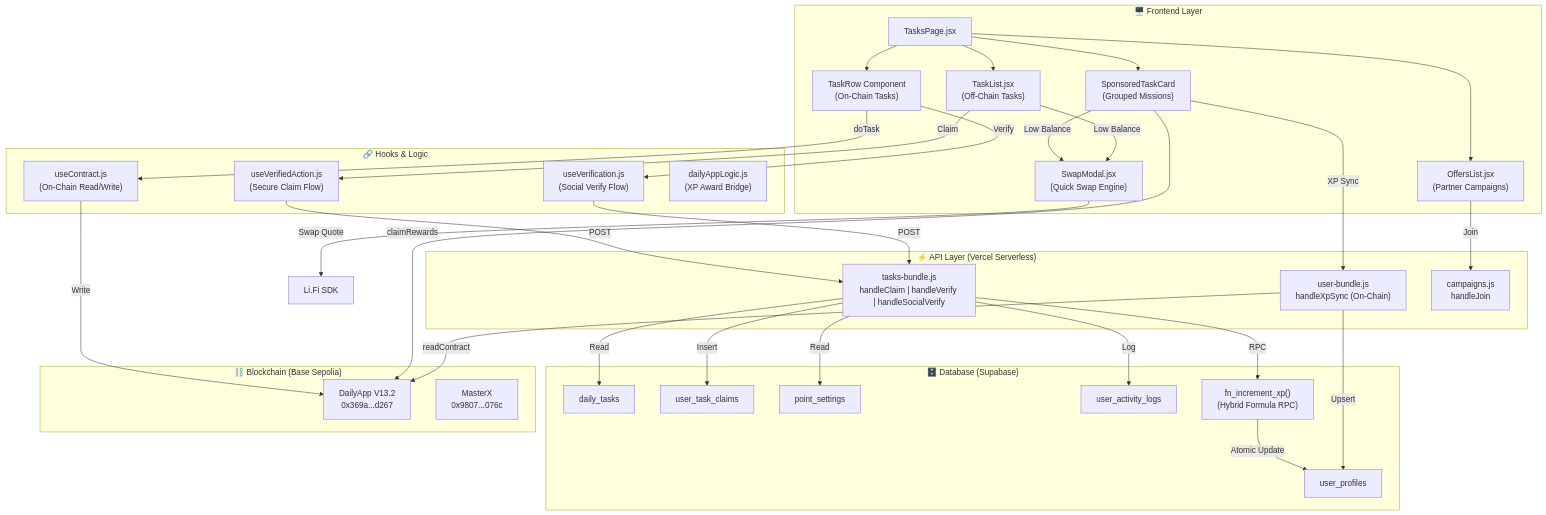
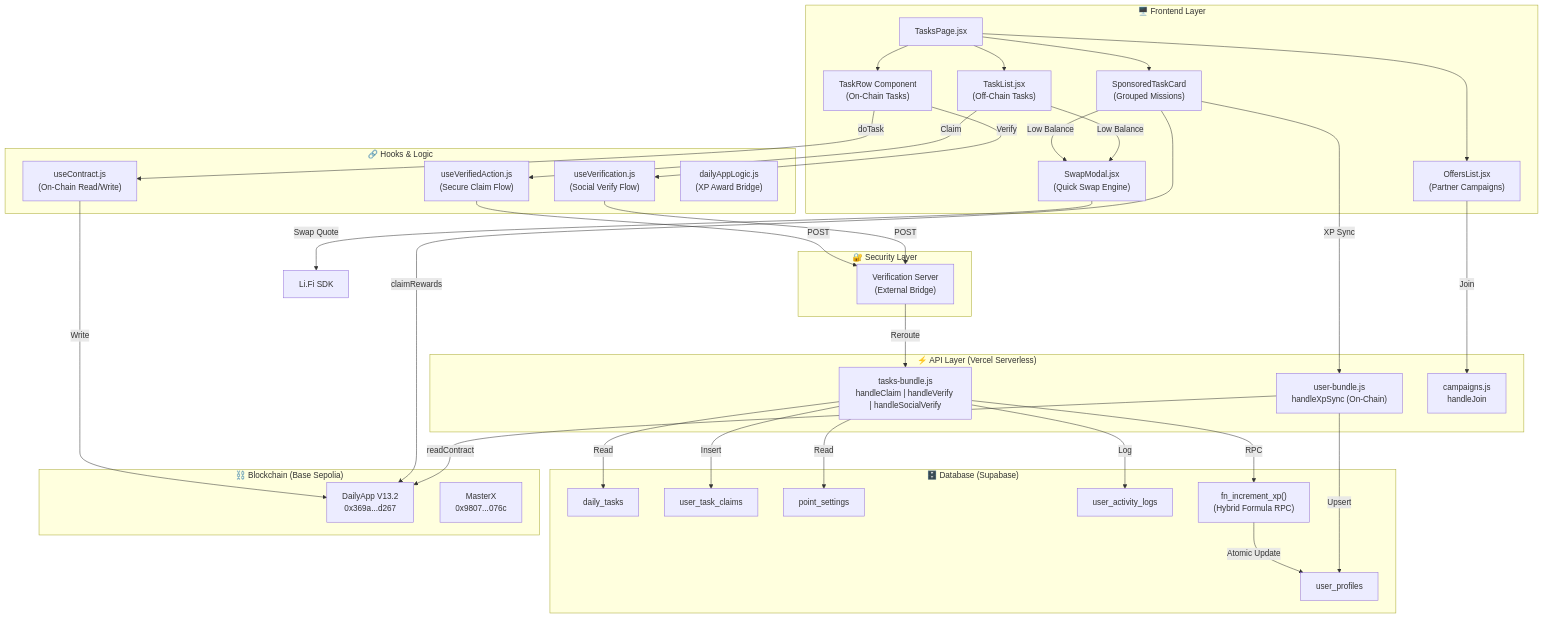
One commit to cryptodiscolab/Crypto_Discovery_App changed the first of 8 diagrams in PRD/TASK_FEATURE_WORKFLOW.md. Above: the diagram before and after it, drawn with Mermaid. The commit also changed other lines of this file and 8 other files, not shown here.

````diff
--- a/PRD/TASK_FEATURE_WORKFLOW.md
+++ b/PRD/TASK_FEATURE_WORKFLOW.md
@@ -30,58 +30,63 @@
 ```mermaid
 graph TB
     subgraph "🖥️ Frontend Layer"
         TP["TasksPage.jsx"]
         TL["TaskList.jsx<br/>(Off-Chain Tasks)"]
         TR["TaskRow Component<br/>(On-Chain Tasks)"]
         STC["SponsoredTaskCard<br/>(Grouped Missions)"]
         OL["OffersList.jsx<br/>(Partner Campaigns)"]
         SM["SwapModal.jsx<br/>(Quick Swap Engine)"]
     end
 
     subgraph "🔗 Hooks & Logic"
         UV["useVerification.js<br/>(Social Verify Flow)"]
         UVA["useVerifiedAction.js<br/>(Secure Claim Flow)"]
         UC["useContract.js<br/>(On-Chain Read/Write)"]
         DAL["dailyAppLogic.js<br/>(XP Award Bridge)"]
     end
 
     subgraph "⚡ API Layer (Vercel Serverless)"
         TB["tasks-bundle.js<br/>handleClaim | handleVerify | handleSocialVerify"]
         UB["user-bundle.js<br/>handleXpSync (On-Chain)"]
         CB["campaigns.js<br/>handleJoin"]
     end
 
+    subgraph "🔐 Security Layer"
+        VS["Verification Server<br/>(External Bridge)"]
+    end
+
     subgraph "🗄️ Database (Supabase)"
         DT["daily_tasks"]
         UTC["user_task_claims"]
         UP["user_profiles"]
         PS["point_settings"]
         UAL["user_activity_logs"]
         FN["fn_increment_xp()<br/>(Hybrid Formula RPC)"]
     end
 
     subgraph "⛓️ Blockchain (Base Sepolia)"
         DA["DailyApp V13.2<br/>0x369a...d267"]
         MX["MasterX<br/>0x9807...076c"]
     end
 
     TP --> TL & TR & STC & OL
-    TL -->|Claim| UVA -->|POST| TB
+    TL -->|Claim| UVA -->|POST| VS
     TR -->|doTask| UC -->|Write| DA
-    TR -->|Verify| UV -->|POST| TB
+    TR -->|Verify| UV -->|POST| VS
     STC -->|claimRewards| DA
     STC -->|XP Sync| UB
     OL -->|Join| CB
     SM -->|Swap Quote| LS[Li.Fi SDK]
     STC -->|Low Balance| SM
     TL -->|Low Balance| SM
 
+    VS -->|Reroute| TB
     TB -->|Insert| UTC
     TB -->|RPC| FN
     TB -->|Read| PS & DT
     TB -->|Log| UAL
     FN -->|Atomic Update| UP
 
     UB -->|readContract| DA
     UB -->|Upsert| UP
 ```
````
